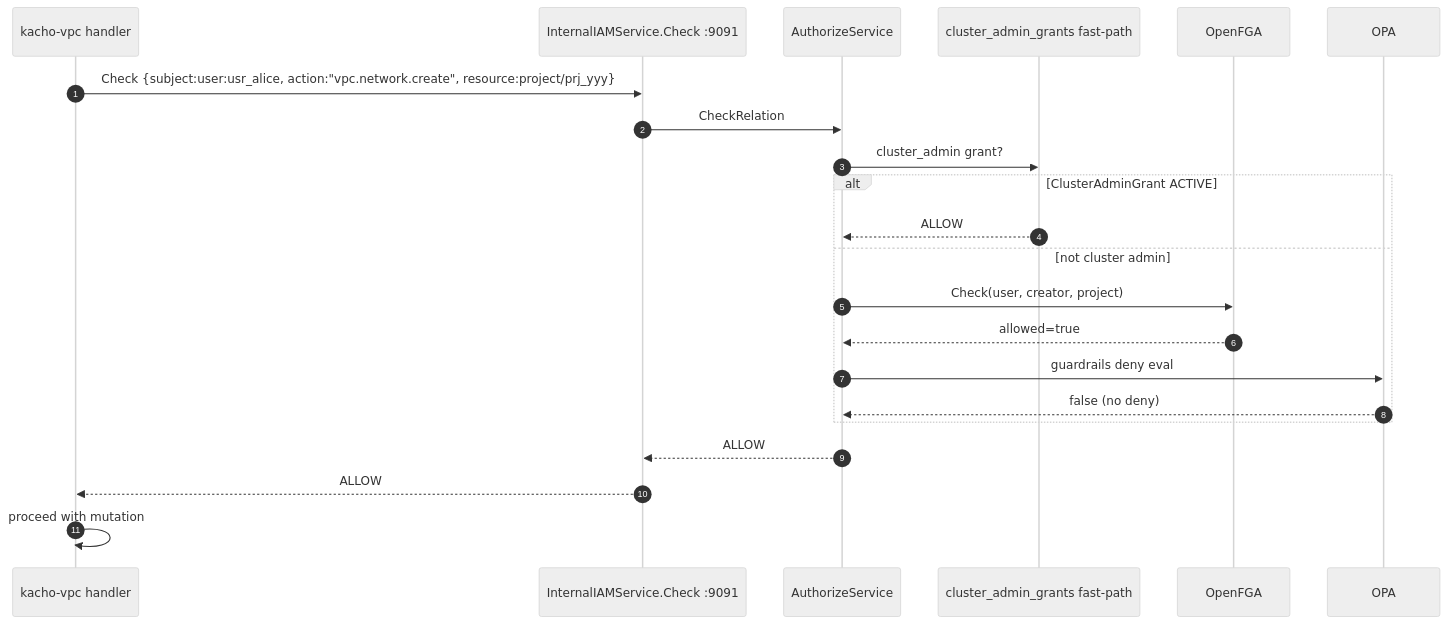
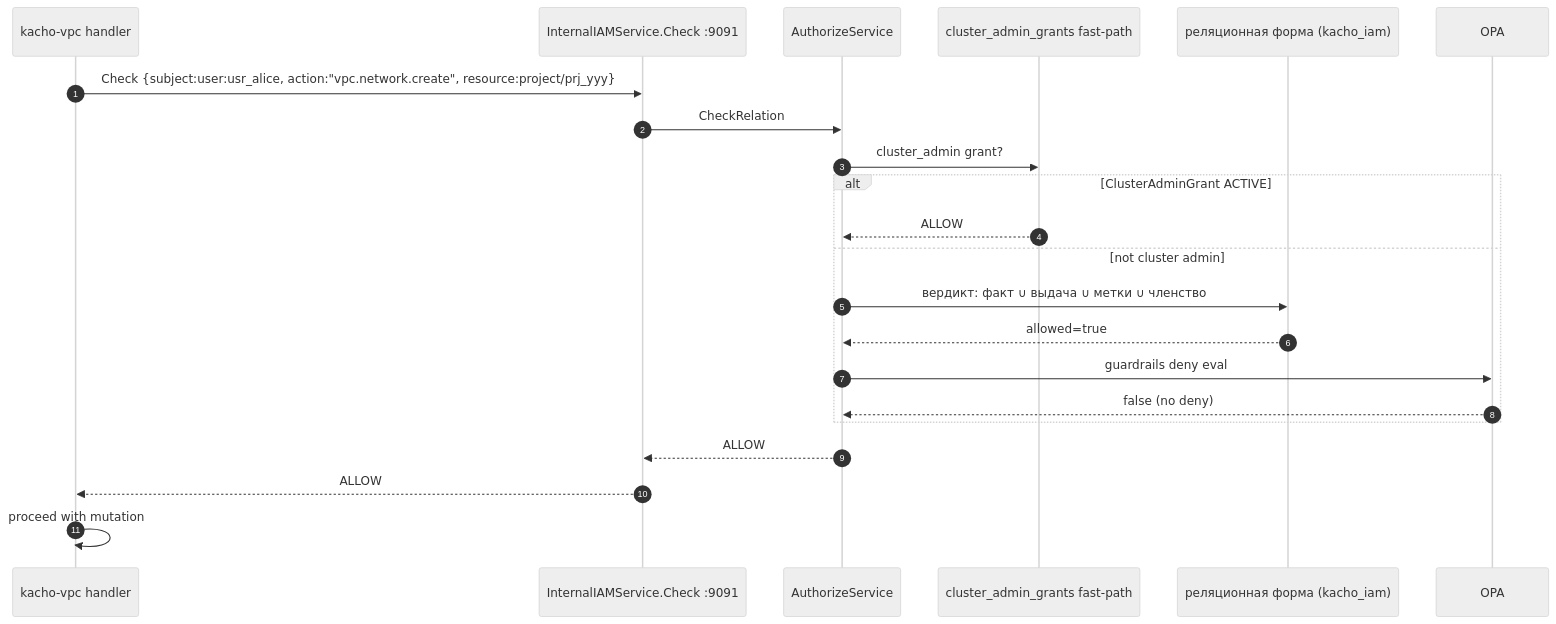
One commit to PRO-Robotech/kacho changed the second of 3 diagrams in services/iam/docs/engineering/components/21-internal-iam.md. Above: the diagram before and after it, drawn with Mermaid (neutral theme). The commit also changed other lines of this file and 589 other files, not shown here.

First line of the commit message:
feat(iam)!: вердикт о доступе вычисляет только своя база

````diff
--- a/services/iam/docs/engineering/components/21-internal-iam.md
+++ b/services/iam/docs/engineering/components/21-internal-iam.md
@@ -71,25 +71,25 @@
 ```mermaid
 sequenceDiagram
     autonumber
     participant VPC as kacho-vpc handler
     participant IAM as InternalIAMService.Check :9091
     participant Auth as AuthorizeService
     participant Cascade as cluster_admin_grants fast-path
-    participant FGA as OpenFGA
+    participant Form as реляционная форма (kacho_iam)
     participant OPA
 
     VPC->>IAM: Check {subject:user:usr_alice, action:"vpc.network.create", resource:project/prj_yyy}
     IAM->>Auth: CheckRelation
     Auth->>Cascade: cluster_admin grant?
     alt ClusterAdminGrant ACTIVE
         Cascade-->>Auth: ALLOW
     else not cluster admin
-        Auth->>FGA: Check(user, creator, project)
-        FGA-->>Auth: allowed=true
+        Auth->>Form: вердикт: факт ∪ выдача ∪ метки ∪ членство
+        Form-->>Auth: allowed=true
         Auth->>OPA: guardrails deny eval
         OPA-->>Auth: false (no deny)
     end
     Auth-->>IAM: ALLOW
     IAM-->>VPC: ALLOW
     VPC->>VPC: proceed with mutation
 ```
````
